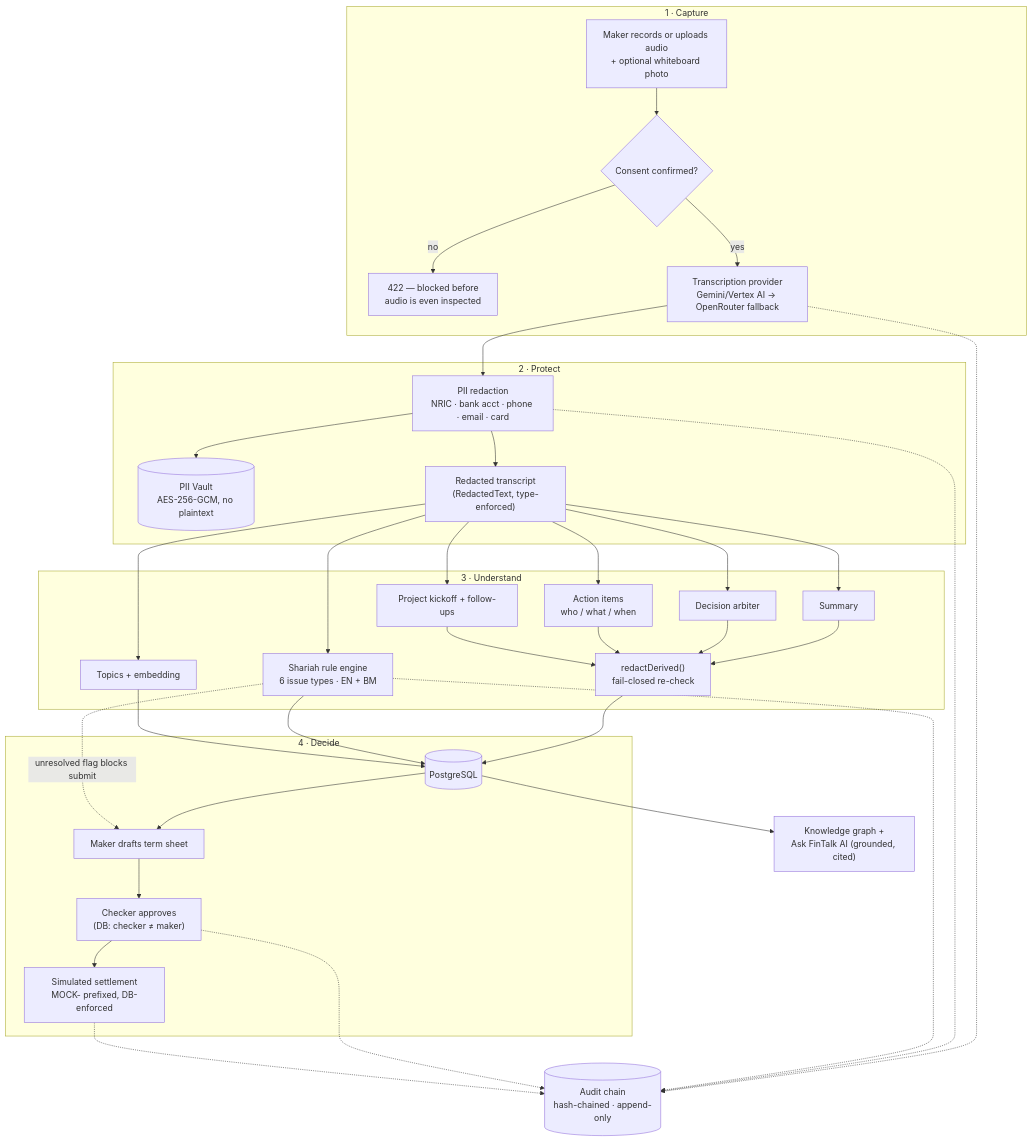
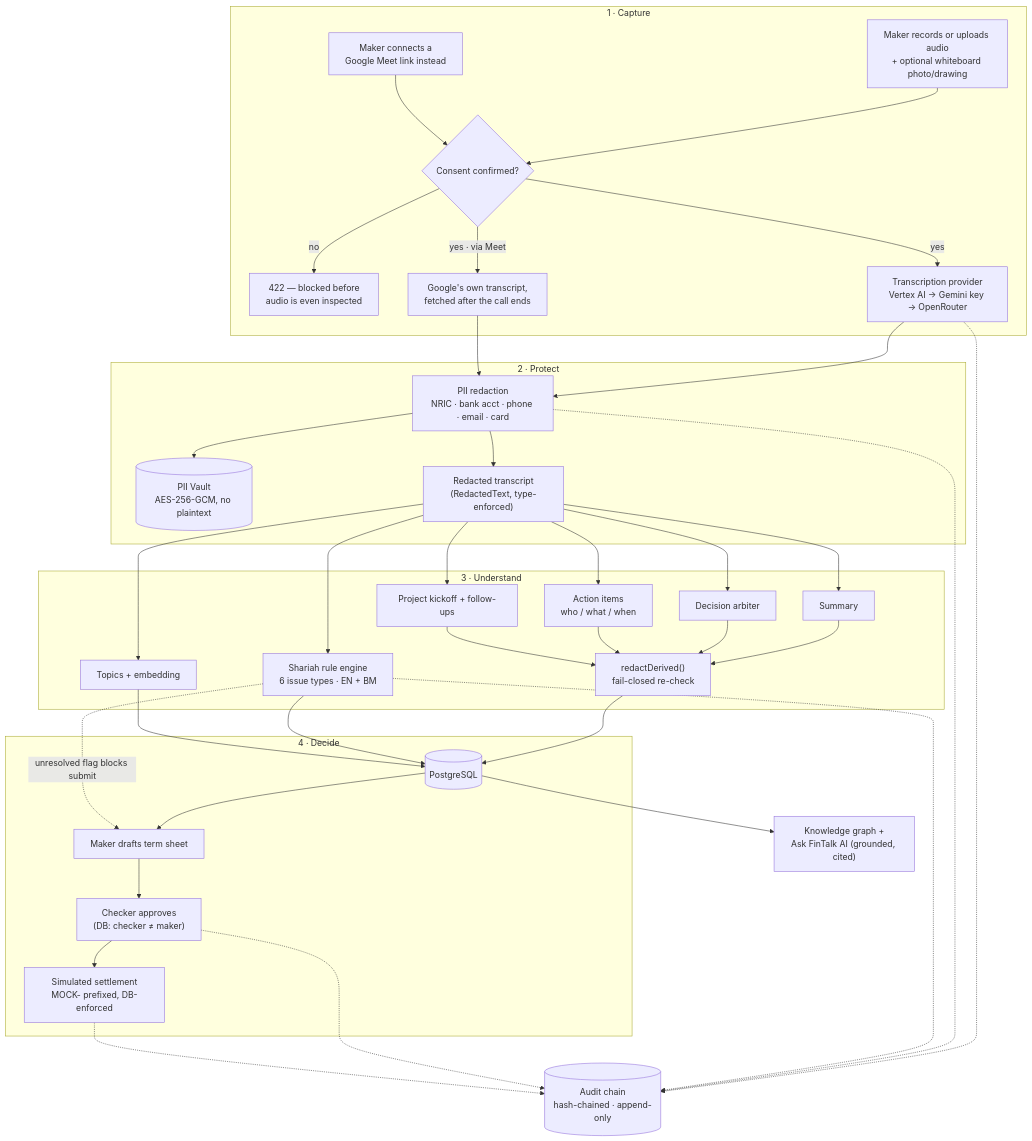
One commit to SkyLee310/FinTalk-AI changed the diagram in README.md. Above: the diagram before and after it, drawn with Mermaid. The commit also changed other lines of this file, not shown here.

````diff
--- a/README.md
+++ b/README.md
@@ -103,42 +108,45 @@
 ```mermaid
 flowchart TD
     subgraph Capture["1 · Capture"]
-        A["Maker records or uploads audio<br/>+ optional whiteboard photo"] --> B{"Consent confirmed?"}
+        A["Maker records or uploads audio<br/>+ optional whiteboard photo/drawing"] --> B{"Consent confirmed?"}
+        A2["Maker connects a<br/>Google Meet link instead"] --> B
         B -- "no" --> B1["422 — blocked before<br/>audio is even inspected"]
-        B -- "yes" --> C["Transcription provider<br/>Gemini/Vertex AI → OpenRouter fallback"]
+        B -- "yes" --> C["Transcription provider<br/>Vertex AI → Gemini key → OpenRouter"]
+        B -- "yes · via Meet" --> C2["Google's own transcript,<br/>fetched after the call ends"]
     end
 
     subgraph Protect["2 · Protect"]
         C --> D["PII redaction<br/>NRIC · bank acct · phone · email · card"]
+        C2 --> D
         D --> V[("PII Vault<br/>AES-256-GCM, no plaintext")]
         D --> F["Redacted transcript<br/>(RedactedText, type-enforced)"]
     end
 
     subgraph Understand["3 · Understand"]
         F --> G["Summary"]
         F --> H["Shariah rule engine<br/>6 issue types · EN + BM"]
         F --> I["Decision arbiter"]
         F --> J["Action items<br/>who / what / when"]
         F --> K["Project kickoff + follow-ups"]
         F --> L["Topics + embedding"]
         G & I & J & K --> M["redactDerived()<br/>fail-closed re-check"]
     end
 
     M --> N[("PostgreSQL")]
     H --> N
     L --> N
 
     subgraph Decide["4 · Decide"]
         N --> Q["Maker drafts term sheet"]
         H -. "unresolved flag blocks submit" .-> Q
         Q --> R["Checker approves<br/>(DB: checker ≠ maker)"]
         R --> S["Simulated settlement<br/>MOCK- prefixed, DB-enforced"]
     end
 
     N --> T["Knowledge graph +<br/>Ask FinTalk AI (grounded, cited)"]
     C -.-> U[("Audit chain<br/>hash-chained · append-only")]
     D -.-> U
     H -.-> U
     R -.-> U
     S -.-> U
 ```
````
